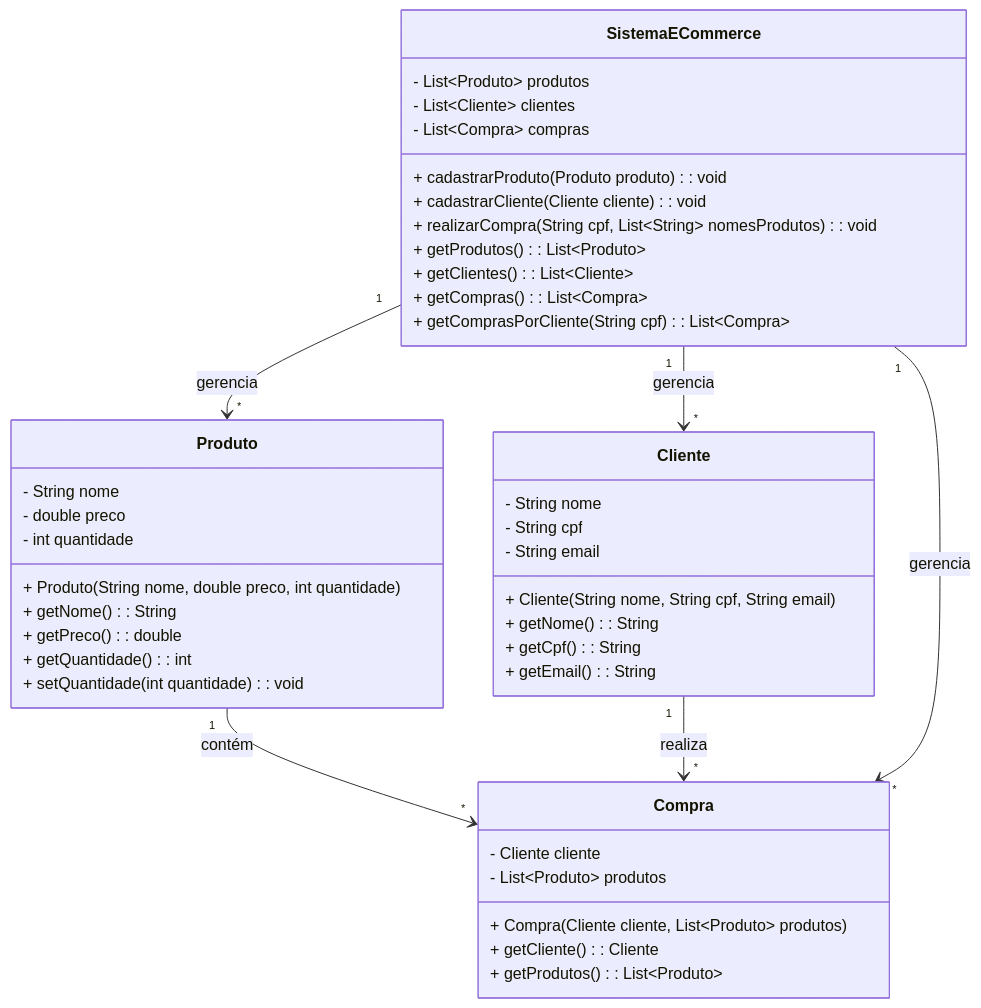
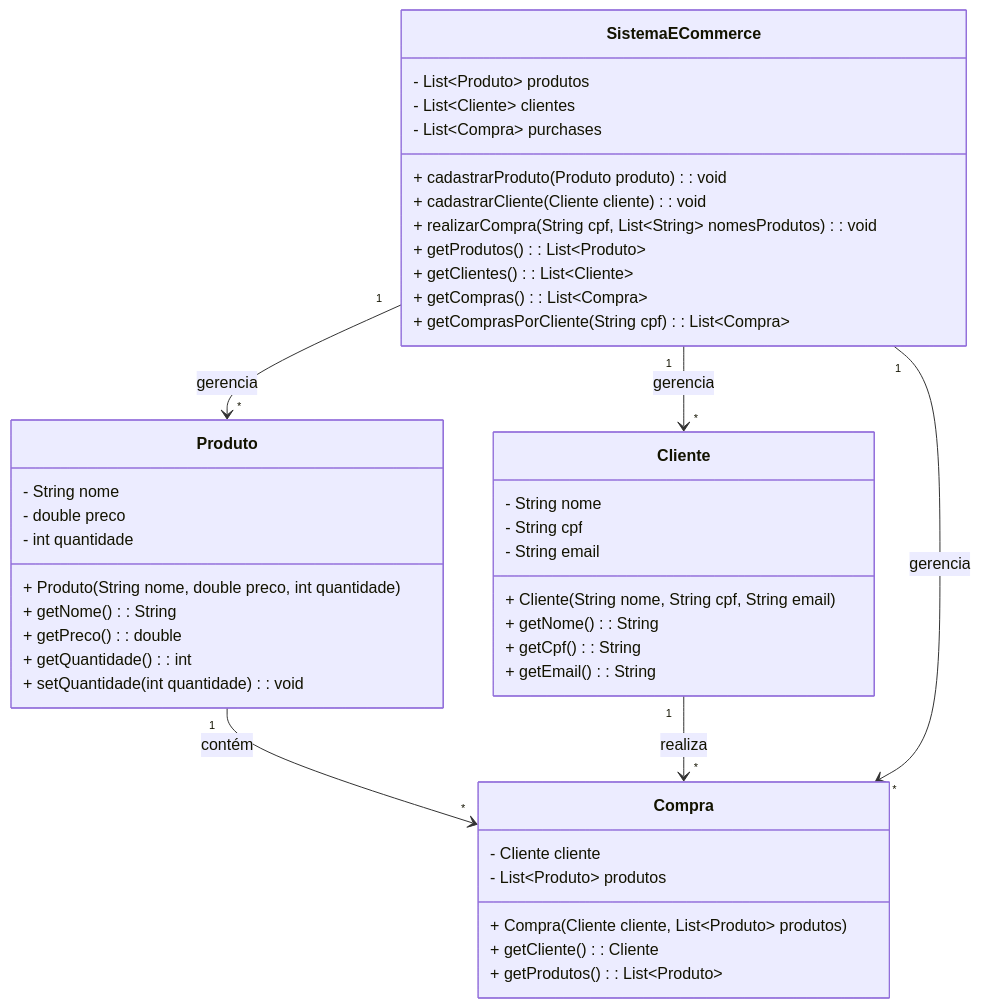
One commit to RodolffoNMS/zup-ecommerce changed the second of 2 diagrams in src/main/resources/ModelagemDeClasses.md. Above: the diagram before and after it, drawn with Mermaid. The commit also changed other lines of this file and 3 other files, not shown here.

````diff
--- a/src/main/resources/ModelagemDeClasses.md
+++ b/src/main/resources/ModelagemDeClasses.md
@@ -59,50 +59,50 @@
 ```mermaid
 classDiagram
 class Produto {
   - String nome
   - double preco
   - int quantidade
   + Produto(String nome, double preco, int quantidade)
   + getNome(): String
   + getPreco(): double
   + getQuantidade(): int
   + setQuantidade(int quantidade): void
 }
 
 class Cliente {
   - String nome
   - String cpf
   - String email
   + Cliente(String nome, String cpf, String email)
   + getNome(): String
   + getCpf(): String
   + getEmail(): String
 }
 
 class Compra {
   - Cliente cliente
   - List~Produto~ produtos
   + Compra(Cliente cliente, List~Produto~ produtos)
   + getCliente(): Cliente
   + getProdutos(): List~Produto~
 }
 
 class SistemaECommerce {
   - List~Produto~ produtos
   - List~Cliente~ clientes
-  - List~Compra~ compras
+  - List~Compra~ purchases
   + cadastrarProduto(Produto produto): void
   + cadastrarCliente(Cliente cliente): void
   + realizarCompra(String cpf, List~String~ nomesProdutos): void
   + getProdutos(): List~Produto~
   + getClientes(): List~Cliente~
   + getCompras(): List~Compra~
   + getComprasPorCliente(String cpf): List~Compra~
 }
 
 Produto "1" --> "*" Compra : contém
 Cliente "1" --> "*" Compra : realiza
 SistemaECommerce "1" --> "*" Produto : gerencia
 SistemaECommerce "1" --> "*" Cliente : gerencia
 SistemaECommerce "1" --> "*" Compra : gerencia
 ```
````
